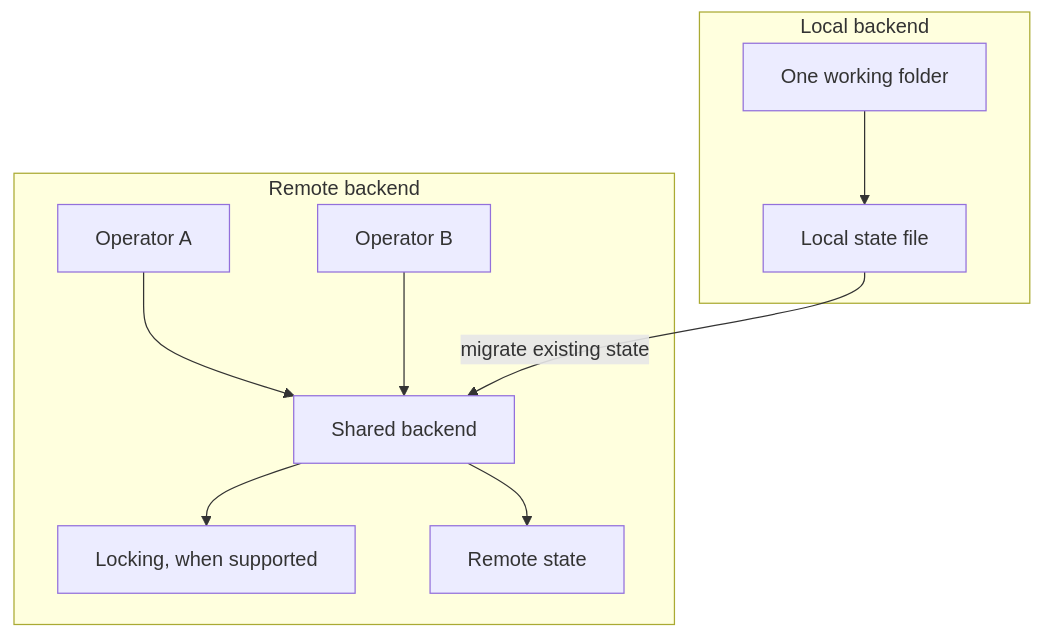
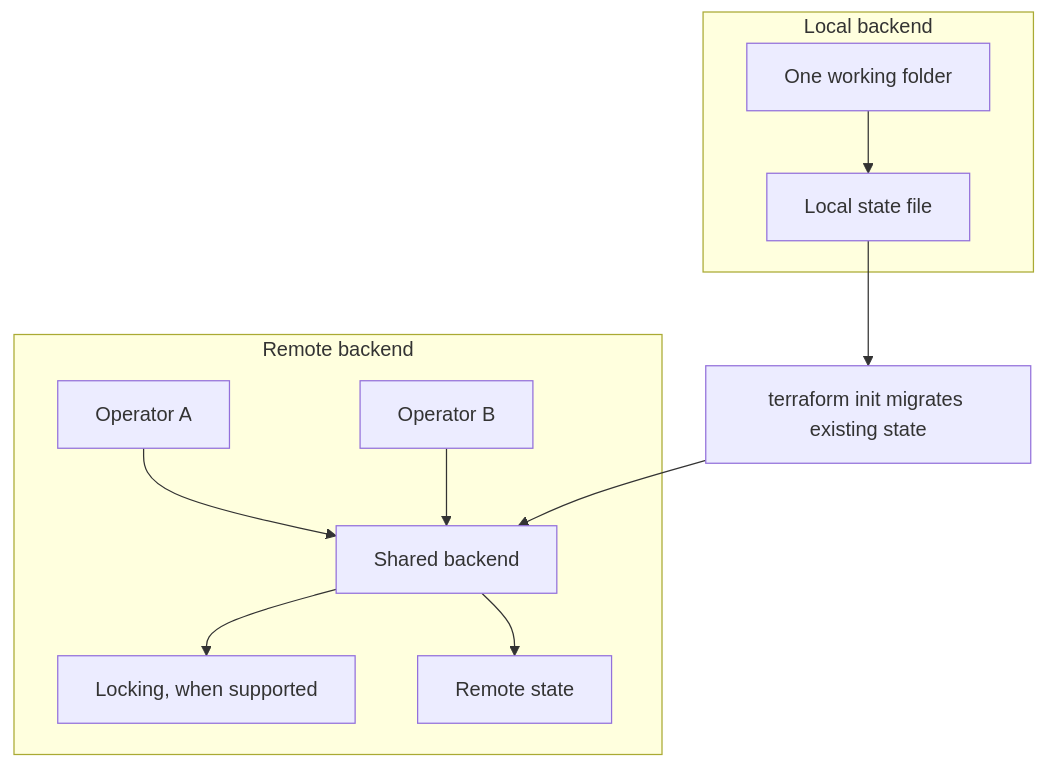
One commit to OpalBolt/Hashicorp-Katas changed the third of 3 diagrams in docs/slices/terraform/02-state.md. Above: the diagram before and after it, drawn with Mermaid. The commit also changed other lines of this file and 19 other files, not shown here.

````diff
--- a/docs/slices/terraform/02-state.md
+++ b/docs/slices/terraform/02-state.md
@@ -68,13 +81,15 @@
 ```mermaid
 flowchart TD
-  subgraph local[Local backend]
-    L[One working folder] --> LF[Local state file]
+  subgraph local["Local backend"]
+    L["One working folder"] --> LF["Local state file"]
   end
-  subgraph remote[Remote backend]
-    A[Operator A] --> R[Shared backend]
-    B[Operator B] --> R
-    R --> LOCK[Locking, when supported]
-    R --> STATE[Remote state]
+  LF --> MIGRATE["terraform init migrates existing state"]
+  subgraph remote["Remote backend"]
+    R["Shared backend"]
+    A["Operator A"] --> R
+    B["Operator B"] --> R
+    R --> LOCK["Locking, when supported"]
+    R --> STATE["Remote state"]
   end
-  LF -->|migrate existing state| R
+  MIGRATE --> R
 ```
````
